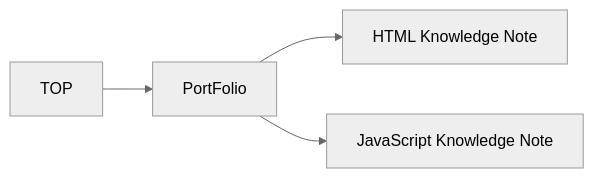
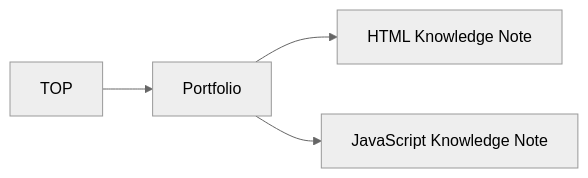
The diagram in README.md (portfoliobysk/portfoliobysk.github.io), drawn with Mermaid (neutral theme) before and after one commit. The commit also changed other lines of this file and 20 other files, not shown here.

````diff
--- a/README.md
+++ b/README.md
@@ -51,6 +63,6 @@
 ```mermaid
 graph LR
-    A[TOP] --> B[PortFolio];
+    A[TOP] --> B[Portfolio];
     B --> C[HTML Knowledge Note];
     B --> D[JavaScript Knowledge Note];
 ```
````
